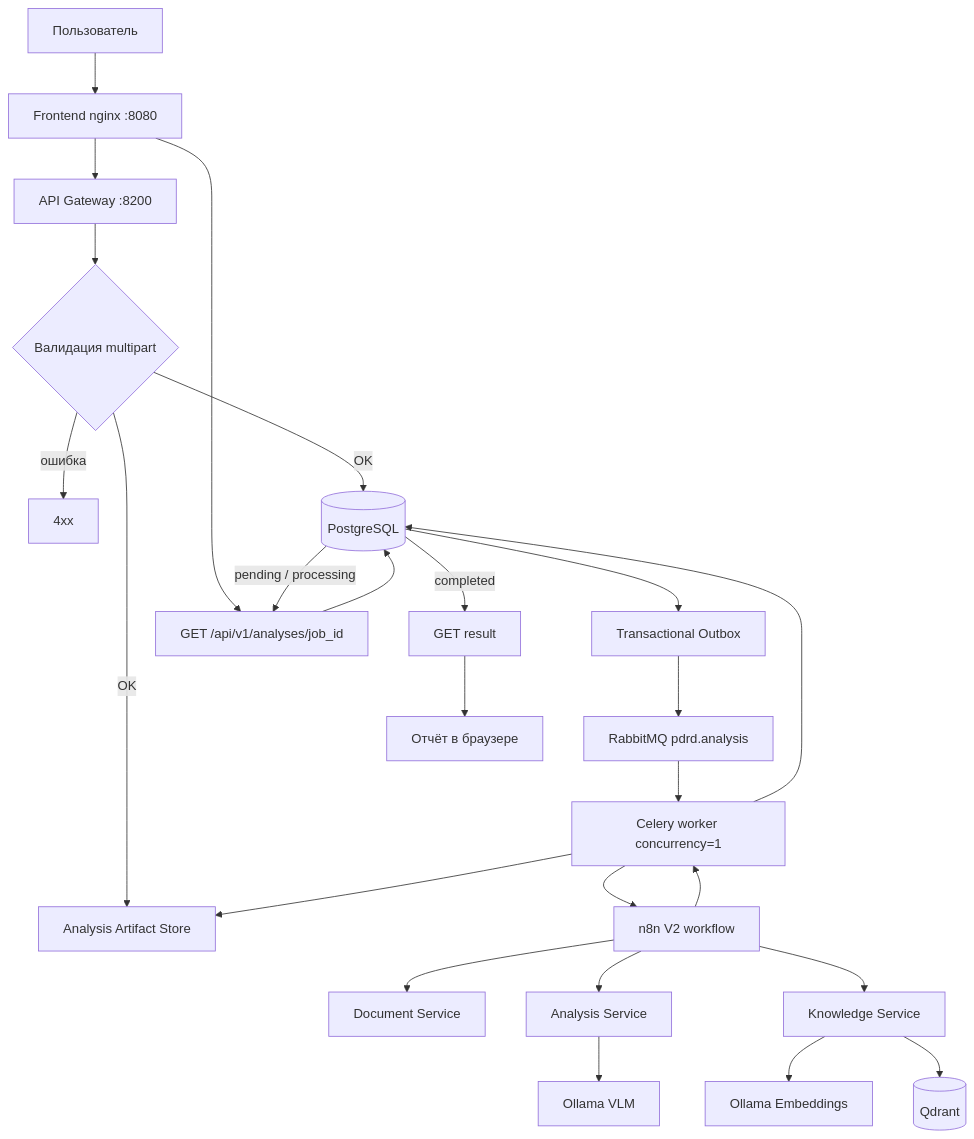
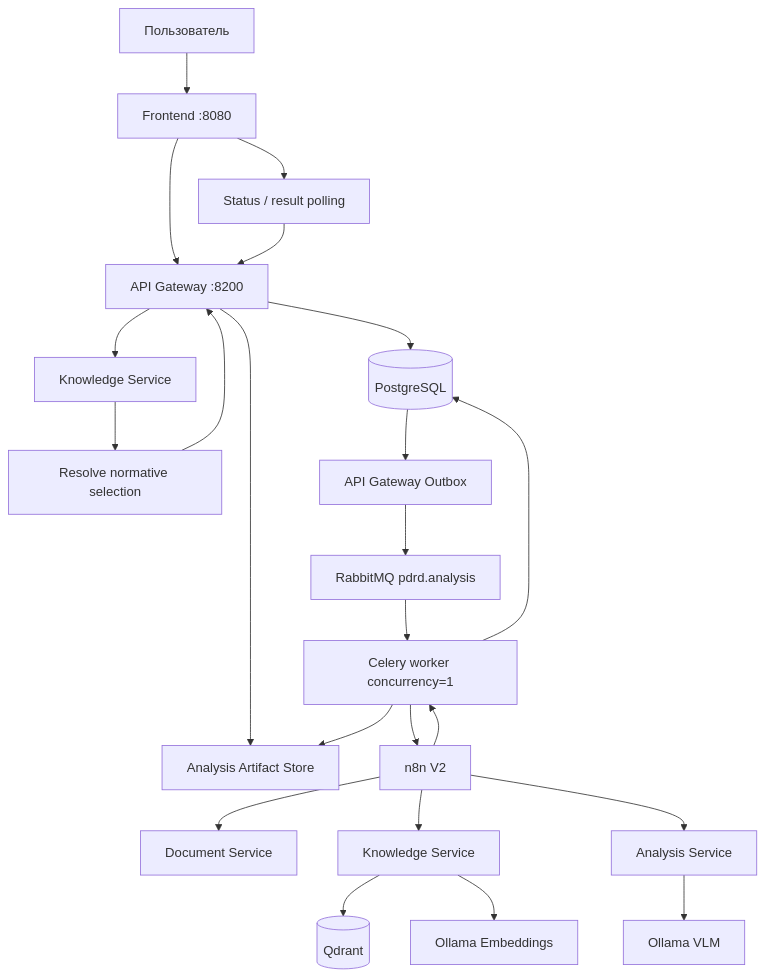
One commit to Amadu-A/PDRD-validation changed the first of 8 diagrams in README.md. Above: the diagram before and after it, drawn with Mermaid. The commit also changed other lines of this file and 7 other files, not shown here.

````diff
--- a/README.md
+++ b/README.md
@@ -84,34 +106,31 @@
 ```mermaid
 flowchart TD
-    U[Пользователь] --> FE[Frontend nginx :8080]
-    FE --> API[API Gateway :8200]
+    U[Пользователь] --> FE[Frontend :8080]
+    FE --> GW[API Gateway :8200]
 
-    API --> VALIDATE{Валидация multipart}
-    VALIDATE -->|ошибка| ERR[4xx]
-    VALIDATE -->|OK| FS[Analysis Artifact Store]
-    VALIDATE -->|OK| PG[(PostgreSQL)]
+    GW --> FS[Analysis Artifact Store]
+    GW --> KS[Knowledge Service]
+    KS --> RESOLVE[Resolve normative selection]
+    RESOLVE --> GW
 
-    PG --> OUTBOX[Transactional Outbox]
-    OUTBOX --> RMQ[RabbitMQ pdrd.analysis]
-    RMQ --> WORKER[Celery worker concurrency=1]
+    GW --> PG[(PostgreSQL)]
+    PG --> O[API Gateway Outbox]
+    O --> RMQ[RabbitMQ pdrd.analysis]
+    RMQ --> W[Celery worker concurrency=1]
+    W --> N8N[n8n V2]
 
-    WORKER --> N8N[n8n V2 workflow]
+    N8N --> DS[Document Service]
+    N8N --> KS2[Knowledge Service]
+    N8N --> AS[Analysis Service]
 
-    N8N --> DOC[Document Service]
-    N8N --> ANALYSIS[Analysis Service]
-    N8N --> KNOWLEDGE[Knowledge Service]
+    KS2 --> QD[(Qdrant)]
+    KS2 --> EMB[Ollama Embeddings]
+    AS --> VLM[Ollama VLM]
 
-    ANALYSIS --> OLLAMA[Ollama VLM]
-    KNOWLEDGE --> EMB[Ollama Embeddings]
-    KNOWLEDGE --> QD[(Qdrant)]
+    N8N --> W
+    W --> PG
+    W --> FS
 
-    N8N --> WORKER
-    WORKER --> FS
-    WORKER --> PG
-
-    FE --> POLL[GET /api/v1/analyses/job_id]
-    POLL --> PG
-    PG -->|pending / processing| POLL
-    PG -->|completed| RESULT[GET result]
-    RESULT --> REPORT[Отчёт в браузере]
+    FE --> POLL[Status / result polling]
+    POLL --> GW
 ```
````
